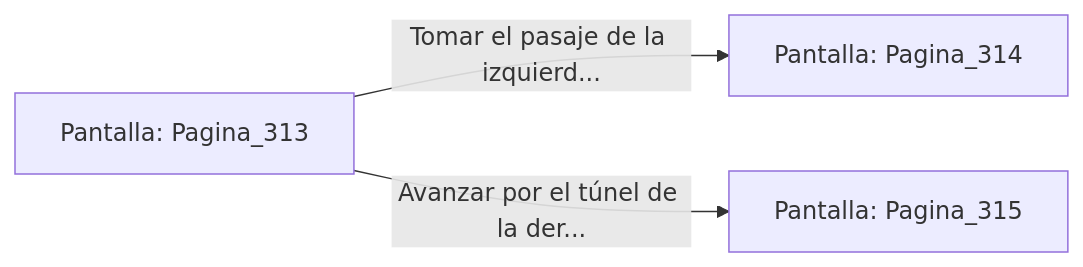
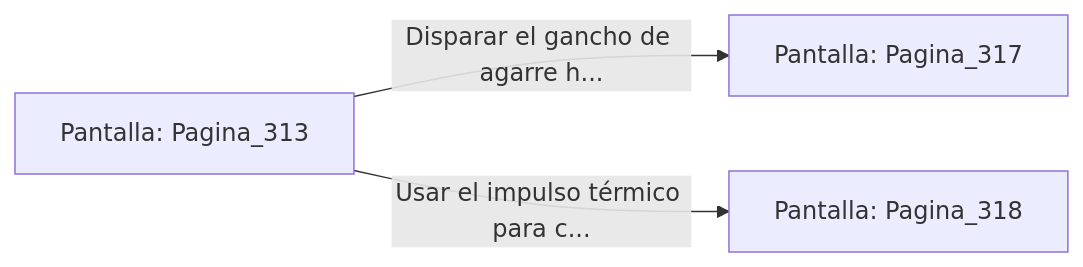
The diagram in sample/eligejuego-vault/Pantalla_Pagina_313.md (metsuke/mpl), drawn with Mermaid before and after one commit. The commit also changed other lines of this file and 635 other files, not shown here.

First line of the commit message:
fix: añadir Pagina_1 como pantalla inicial en capitulo_01.mpl

````diff
--- a/sample/eligejuego-vault/Pantalla_Pagina_313.md
+++ b/sample/eligejuego-vault/Pantalla_Pagina_313.md
@@ -20,6 +24,6 @@
 ```mermaid
 graph LR
     P_Pagina_313["Pantalla: Pagina_313"]
-    P_Pagina_313 -->|"Tomar el pasaje de la izquierd..."| P_Pagina_314["Pantalla: Pagina_314"]
-    P_Pagina_313 -->|"Avanzar por el túnel de la der..."| P_Pagina_315["Pantalla: Pagina_315"]
+    P_Pagina_313 -->|"Disparar el gancho de agarre h..."| P_Pagina_317["Pantalla: Pagina_317"]
+    P_Pagina_313 -->|"Usar el impulso térmico para c..."| P_Pagina_318["Pantalla: Pagina_318"]
 ```
````
